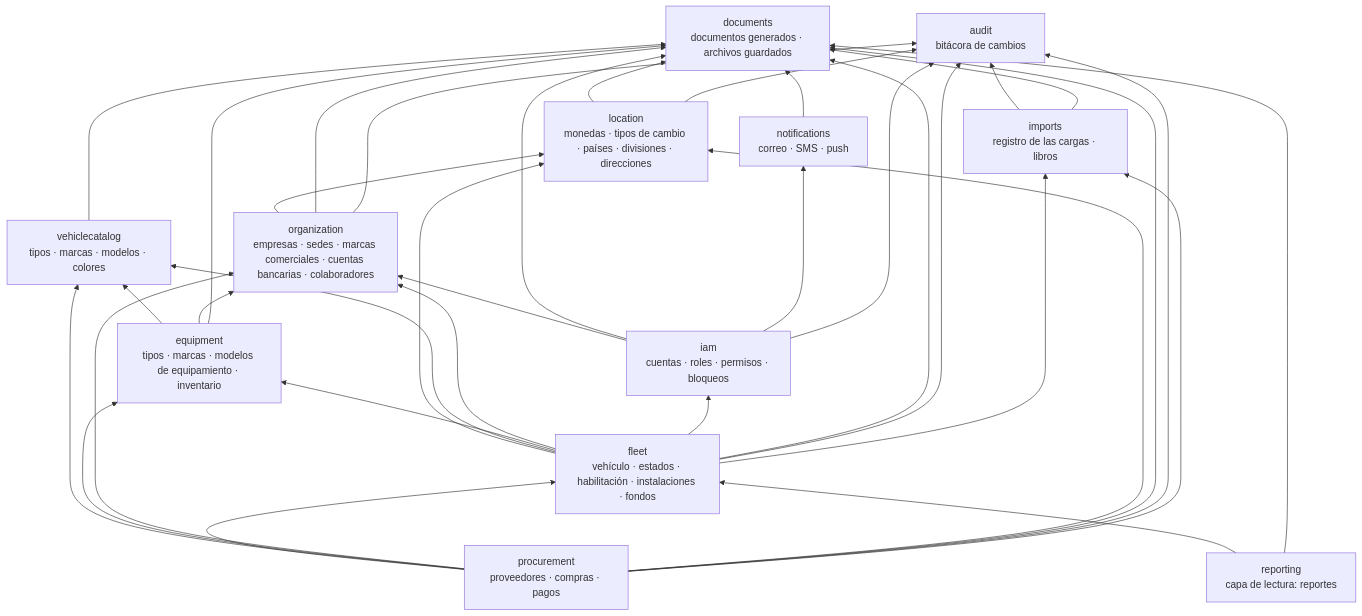
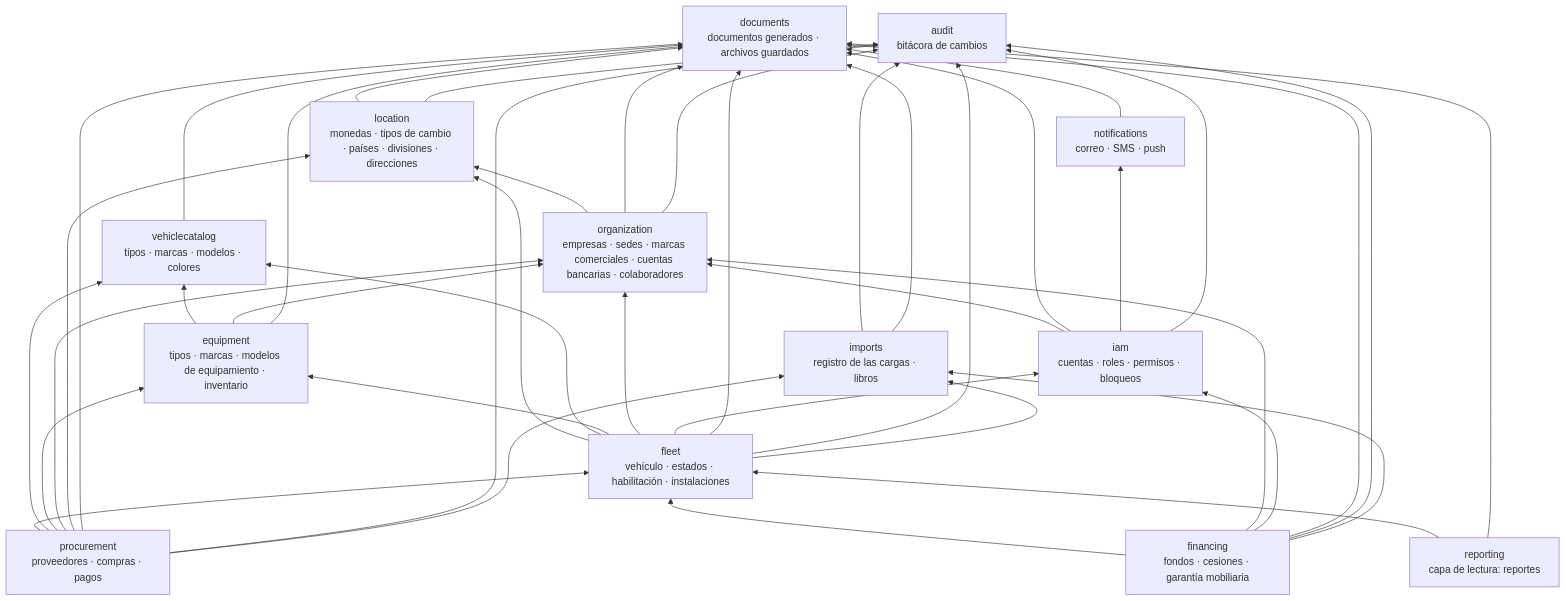
The diagram in mapa-de-contextos-millennium-mobility.md (erp-millennium-mobility-sac/erp-millennium-mobility-documentation), drawn with Mermaid before and after one commit. The commit also changed other lines of this file and 16 other files, not shown here.

````diff
--- a/mapa-de-contextos-millennium-mobility.md
+++ b/mapa-de-contextos-millennium-mobility.md
@@ -99,50 +100,57 @@
 ```mermaid
 flowchart BT
   docs["documents<br/>documentos generados · archivos guardados"]
   notif["notifications<br/>correo · SMS · push"]
   audit["audit<br/>bitácora de cambios"]
   imports["imports<br/>registro de las cargas · libros"]
   location["location<br/>monedas · tipos de cambio · países · divisiones · direcciones"]
   catalog["vehiclecatalog<br/>tipos · marcas · modelos · colores"]
   equip["equipment<br/>tipos · marcas · modelos de equipamiento · inventario"]
   org["organization<br/>empresas · sedes · marcas comerciales · cuentas bancarias · colaboradores"]
   iam["iam<br/>cuentas · roles · permisos · bloqueos"]
-  fleet["fleet<br/>vehículo · estados · habilitación · instalaciones · fondos"]
+  fleet["fleet<br/>vehículo · estados · habilitación · instalaciones"]
+  fin["financing<br/>fondos · cesiones · garantía mobiliaria"]
   proc["procurement<br/>proveedores · compras · pagos"]
   reporting["reporting<br/>capa de lectura: reportes"]
 
   location --> docs
   location --> audit
   catalog --> docs
   equip --> catalog
   equip --> org
   equip --> docs
   notif --> docs
   imports --> audit
   imports --> docs
   org --> location
   org --> docs
   org --> audit
   iam --> org
   iam --> docs
   iam --> notif
   iam --> audit
   fleet --> location
   fleet --> catalog
   fleet --> equip
   fleet --> org
   fleet --> iam
   fleet --> docs
   fleet --> audit
   fleet --> imports
+  fin --> fleet
+  fin --> org
+  fin --> iam
+  fin --> docs
+  fin --> audit
+  fin --> imports
   proc --> fleet
   proc --> catalog
   proc --> equip
   proc --> org
   proc --> location
   proc --> docs
   proc --> audit
   proc --> imports
   reporting --> fleet
   reporting --> docs
 ```
````
